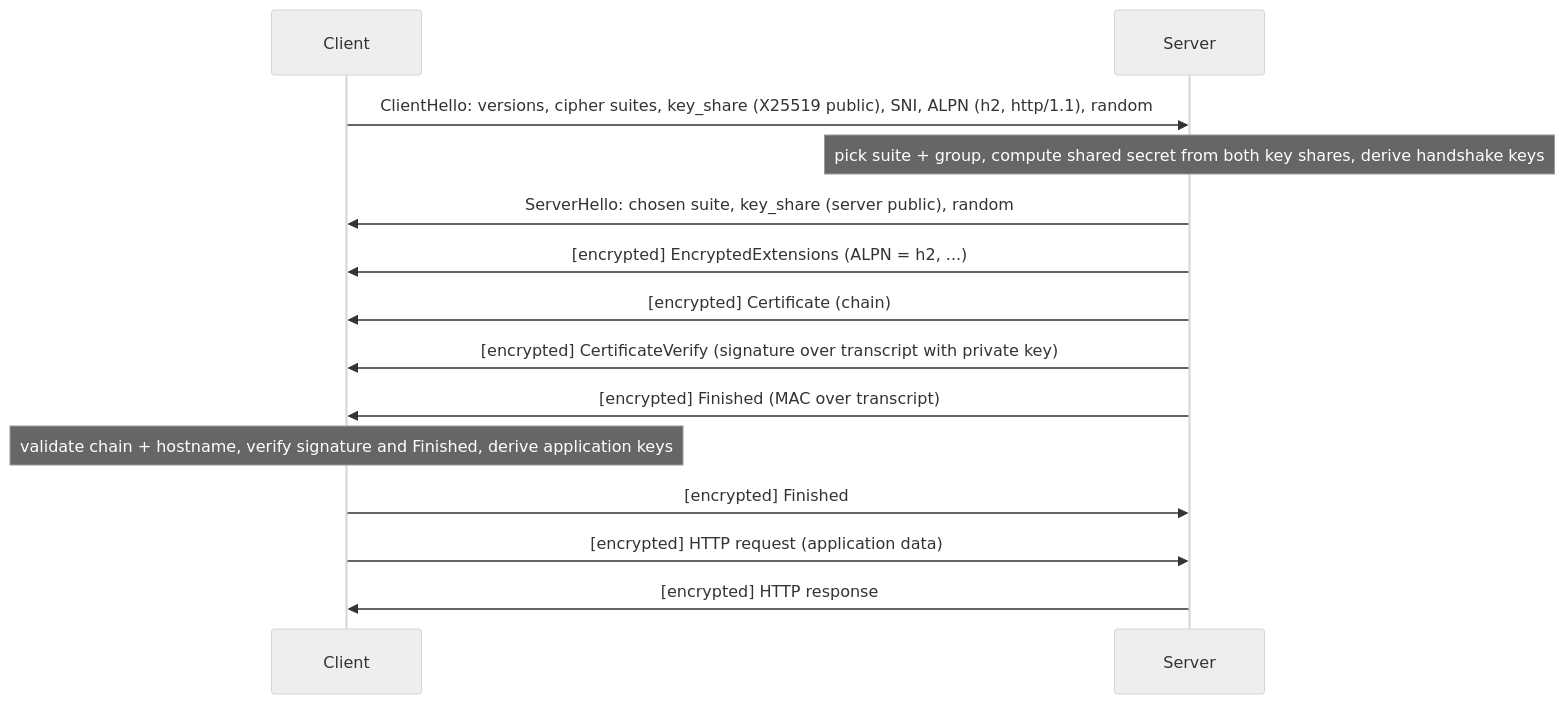
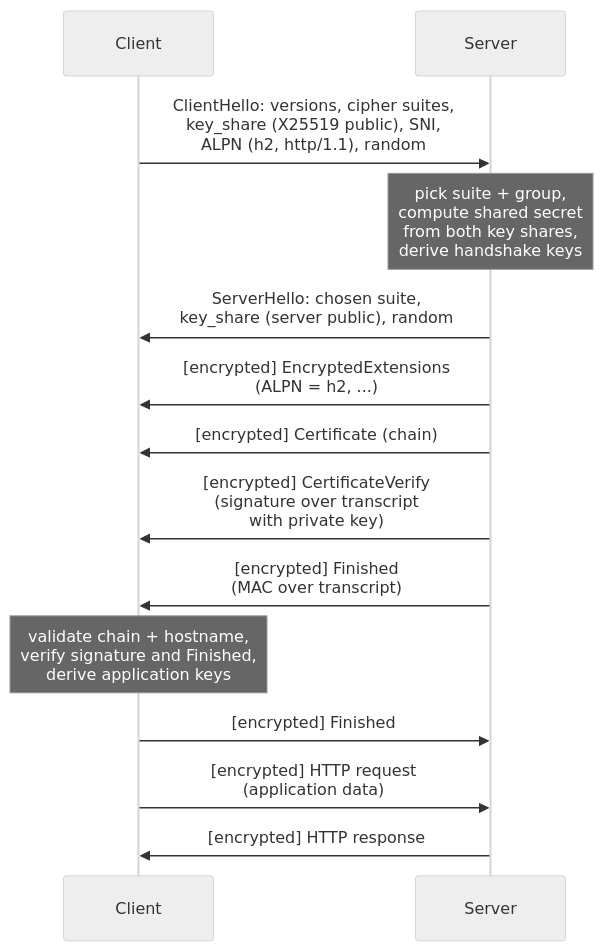
One commit to Siva010/CoreCS changed the diagram in content/lessons/cn/cn-tls-handshake.md. Above: the diagram before and after it, drawn with Mermaid (neutral theme). The commit also changed 19 other files, not shown here.

First line of the commit message:
Merge the OS and Networks diagram readability fixes

````diff
--- a/content/lessons/cn/cn-tls-handshake.md
+++ b/content/lessons/cn/cn-tls-handshake.md
@@ -48,16 +48,16 @@
 ```mermaid
 sequenceDiagram
     participant C as Client
     participant S as Server
-    C->>S: ClientHello: versions, cipher suites, key_share (X25519 public), SNI, ALPN (h2, http/1.1), random
-    Note over S: pick suite + group, compute shared secret from both key shares, derive handshake keys
-    S->>C: ServerHello: chosen suite, key_share (server public), random
-    S->>C: [encrypted] EncryptedExtensions (ALPN = h2, ...)
+    C->>S: ClientHello: versions, cipher suites,<br/>key_share (X25519 public), SNI,<br/>ALPN (h2, http/1.1), random
+    Note over S: pick suite + group,<br/>compute shared secret<br/>from both key shares,<br/>derive handshake keys
+    S->>C: ServerHello: chosen suite,<br/>key_share (server public), random
+    S->>C: [encrypted] EncryptedExtensions<br/>(ALPN = h2, ...)
     S->>C: [encrypted] Certificate (chain)
-    S->>C: [encrypted] CertificateVerify (signature over transcript with private key)
-    S->>C: [encrypted] Finished (MAC over transcript)
-    Note over C: validate chain + hostname, verify signature and Finished, derive application keys
+    S->>C: [encrypted] CertificateVerify<br/>(signature over transcript<br/>with private key)
+    S->>C: [encrypted] Finished<br/>(MAC over transcript)
+    Note over C: validate chain + hostname,<br/>verify signature and Finished,<br/>derive application keys
     C->>S: [encrypted] Finished
-    C->>S: [encrypted] HTTP request (application data)
+    C->>S: [encrypted] HTTP request<br/>(application data)
     S->>C: [encrypted] HTTP response
 ```
````
